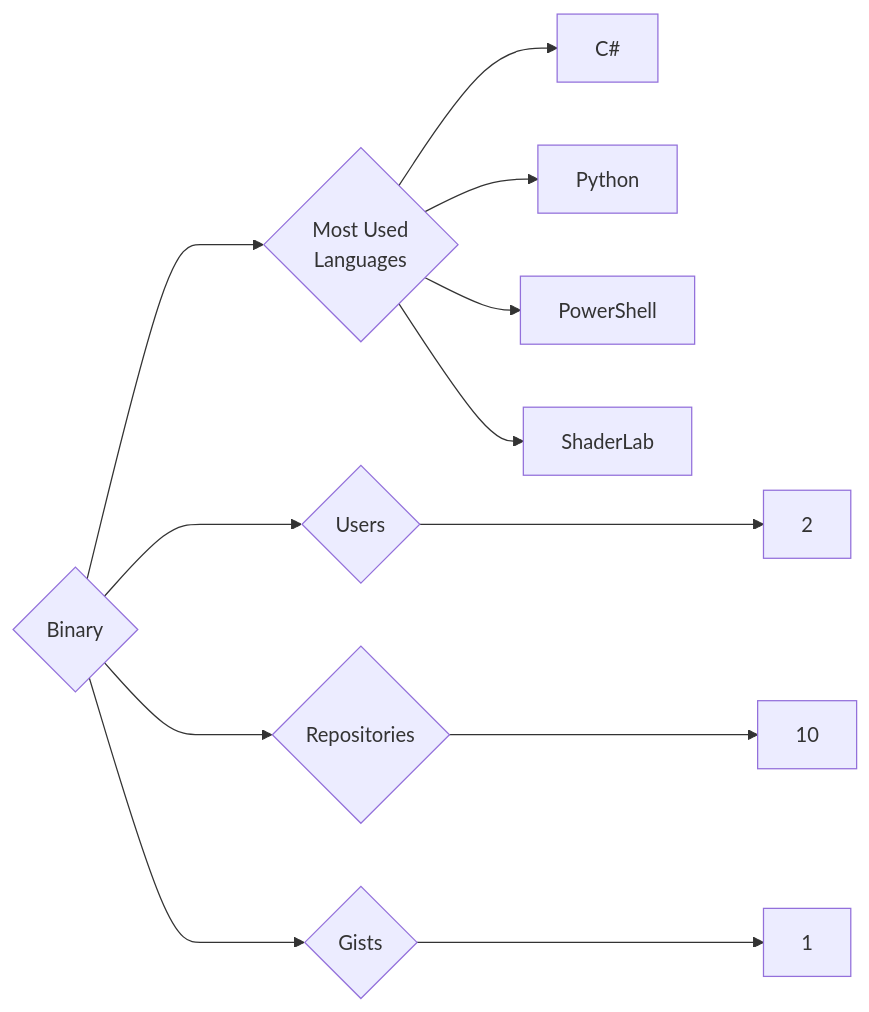
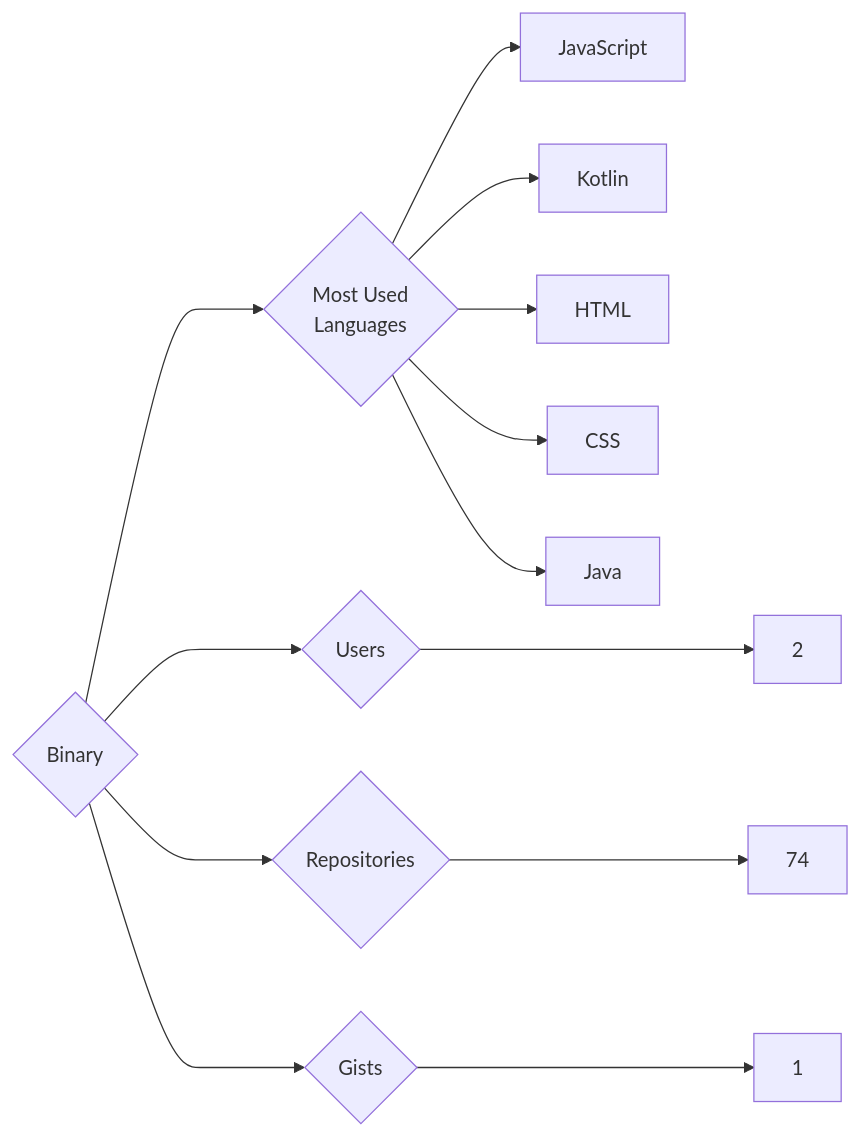
Before and after one commit to trickest/insiders: the diagram in targets/Binary/README.md, drawn with Mermaid. The commit also changed 1036 other files, not shown here.

````diff
--- a/targets/Binary/README.md
+++ b/targets/Binary/README.md
@@ -3,12 +3,13 @@
 ```mermaid
 graph LR
 COMPANY_NAME{Binary}
 COMPANY_NAME ---> U{Users} ---> UN[2]
-COMPANY_NAME ---> R{Repositories} ---> RN[10]
+COMPANY_NAME ---> R{Repositories} ---> RN[74]
 COMPANY_NAME ---> G{Gists} ---> GN[1]
 COMPANY_NAME ---> ML{Most Used<br>Languages}
-ML --> C#[C#]
-ML --> Python[Python]
-ML --> PowerShell[PowerShell]
-ML --> ShaderLab[ShaderLab]
+ML --> JavaScript[JavaScript]
+ML --> Kotlin[Kotlin]
+ML --> HTML[HTML]
+ML --> CSS[CSS]
+ML --> Java[Java]
 ```
````
